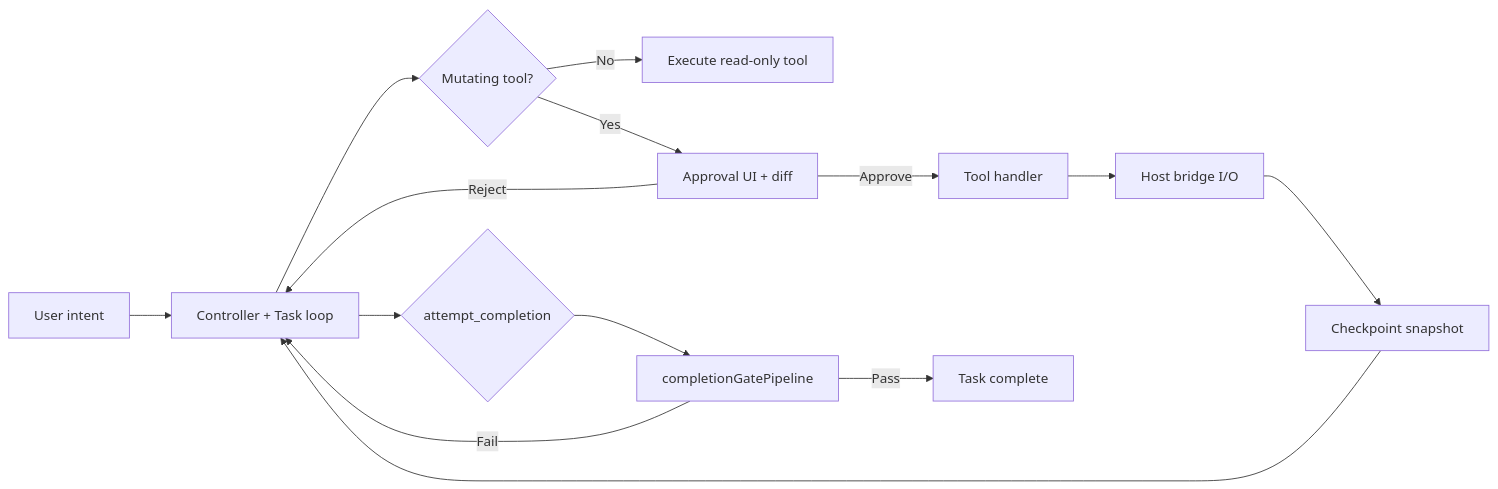
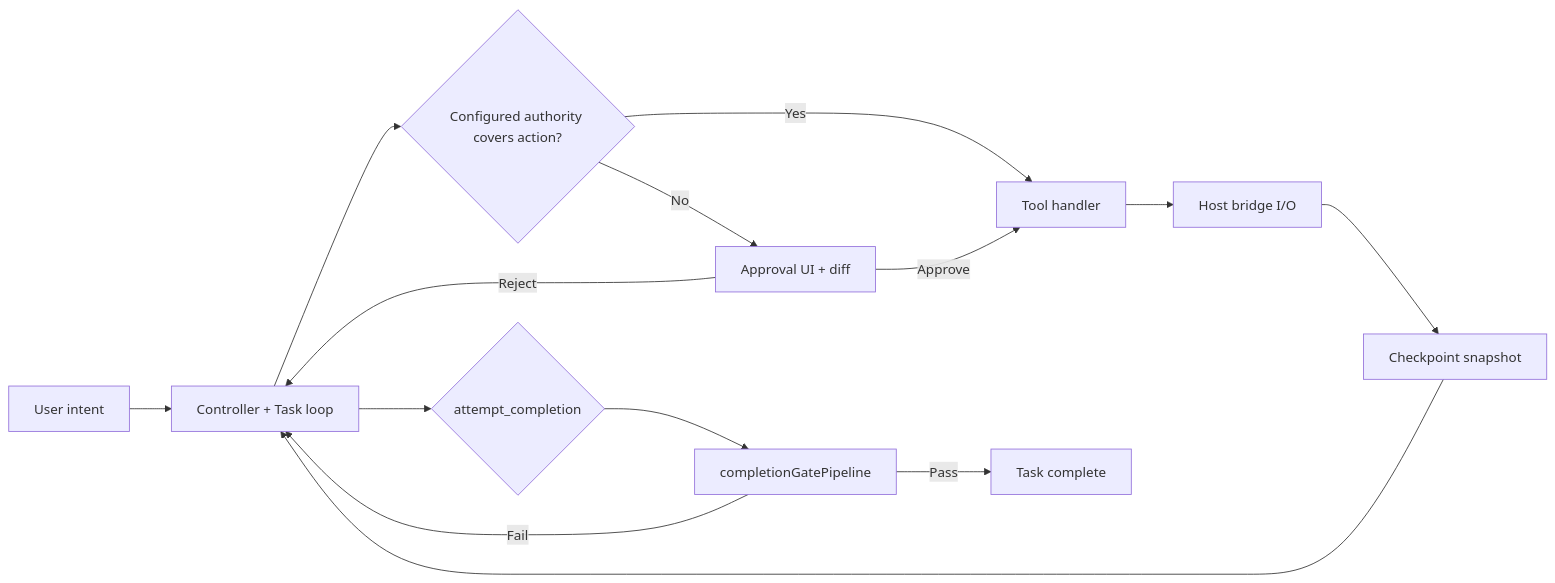
Before and after one commit to CardSorting/LUMI-NEW-NEW: the second of 3 diagrams in README.md, drawn with Mermaid. The commit also changed other lines of this file and 105 other files, not shown here.

````diff
--- a/README.md
+++ b/README.md
@@ -479,16 +481,16 @@
 ```mermaid
 flowchart LR
   A[User intent] --> B[Controller + Task loop]
-  B --> C{Mutating tool?}
-  C -->|No| D[Execute read-only tool]
-  C -->|Yes| E[Approval UI + diff]
+  B --> C{Configured authority covers action?}
+  C -->|Yes| F[Tool handler]
+  C -->|No| E[Approval UI + diff]
   E -->|Reject| B
-  E -->|Approve| F[Tool handler]
+  E -->|Approve| F
   F --> G[Host bridge I/O]
   G --> H[Checkpoint snapshot]
   H --> B
   B --> I{attempt_completion}
   I --> J[completionGatePipeline]
   J -->|Pass| K[Task complete]
   J -->|Fail| B
 ```
````
